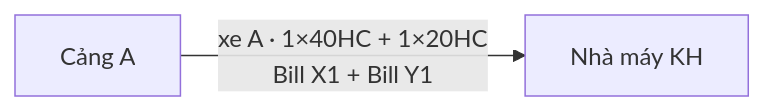
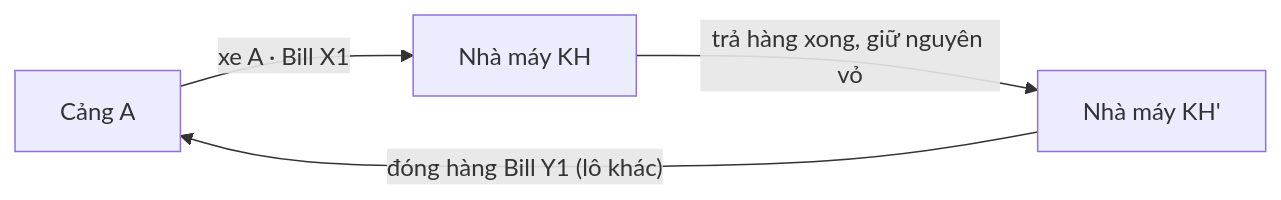
Before and after one commit to 4rankng/silversea: the sixth of 6 diagrams in docs/prd/QuyTrinhO2C.md, drawn with Mermaid. The commit also changed other lines of this file and 3 other files, not shown here.

````diff
--- a/docs/prd/QuyTrinhO2C.md
+++ b/docs/prd/QuyTrinhO2C.md
@@ -181,4 +202,6 @@
 ```mermaid
 flowchart LR
-  A[Cảng A] -- "xe A · 1×40HC + 1×20HC<br/>Bill X1 + Bill Y1" --> B[Nhà máy KH]
+  A[Cảng A] -- "xe A · Bill X1" --> B[Nhà máy KH]
+  B -- "trả hàng xong, giữ nguyên vỏ" --> C[Nhà máy KH']
+  C -- "đóng hàng Bill Y1 (lô khác)" --> A
 ```
````
